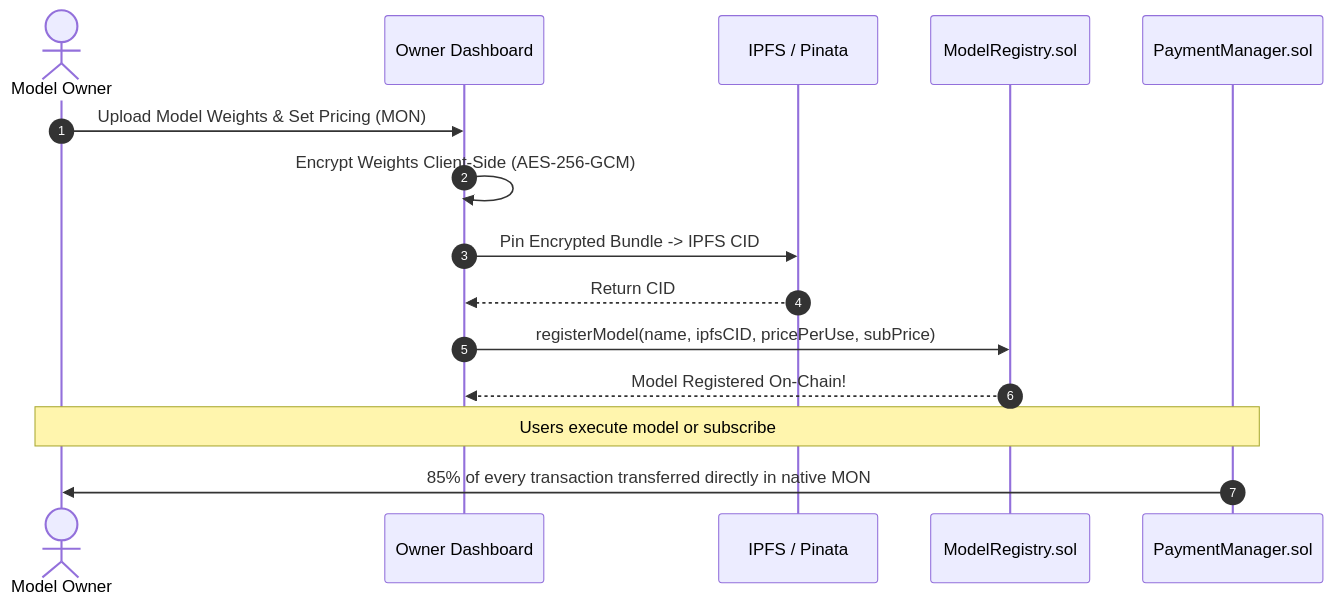
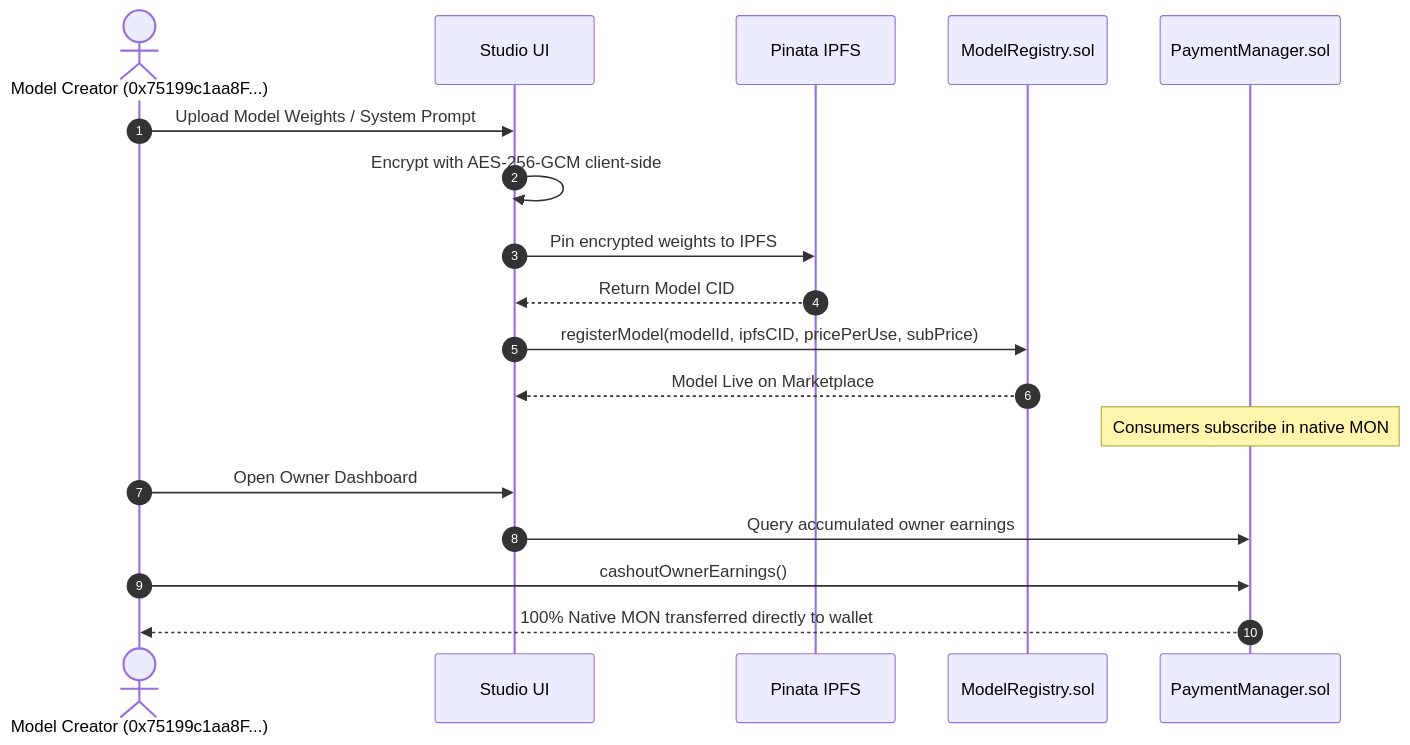
The third of 3 diagrams in README.md (Arpit-R-Doshi/monadhacks), drawn with Mermaid before and after one commit. The commit also changed other lines of this file and 7 other files, not shown here.

Commit message:
docs: comprehensive update to all readmes, architecture, deployment, and api specifications

````diff
--- a/README.md
+++ b/README.md
@@ -129,18 +144,22 @@
 ```mermaid
 sequenceDiagram
     autonumber
-    actor Owner as Model Owner
-    participant UI as Owner Dashboard
-    participant IPFS as IPFS / Pinata
+    actor Owner as Model Creator (0x75199c1aa8F...)
+    participant UI as Studio UI
+    participant IPFS as Pinata IPFS
     participant Registry as ModelRegistry.sol
-    participant Payments as PaymentManager.sol
+    participant Payment as PaymentManager.sol
 
-    Owner->>UI: Upload Model Weights & Set Pricing (MON)
-    UI->>UI: Encrypt Weights Client-Side (AES-256-GCM)
-    UI->>IPFS: Pin Encrypted Bundle -> IPFS CID
-    IPFS-->>UI: Return CID
-    UI->>Registry: registerModel(name, ipfsCID, pricePerUse, subPrice)
-    Registry-->>UI: Model Registered On-Chain!
-    Note over Payments,Owner: Users execute model or subscribe
-    Payments->>Owner: 85% of every transaction transferred directly in native MON
+    Owner->>UI: Upload Model Weights / System Prompt
+    UI->>UI: Encrypt with AES-256-GCM client-side
+    UI->>IPFS: Pin encrypted weights to IPFS
+    IPFS-->>UI: Return Model CID
+    UI->>Registry: registerModel(modelId, ipfsCID, pricePerUse, subPrice)
+    Registry-->>UI: Model Live on Marketplace
+
+    Note over Payment: Consumers subscribe in native MON
+    Owner->>UI: Open Owner Dashboard
+    UI->>Payment: Query accumulated owner earnings
+    Owner->>Payment: cashoutOwnerEarnings()
+    Payment-->>Owner: 100% Native MON transferred directly to wallet
 ```
````
